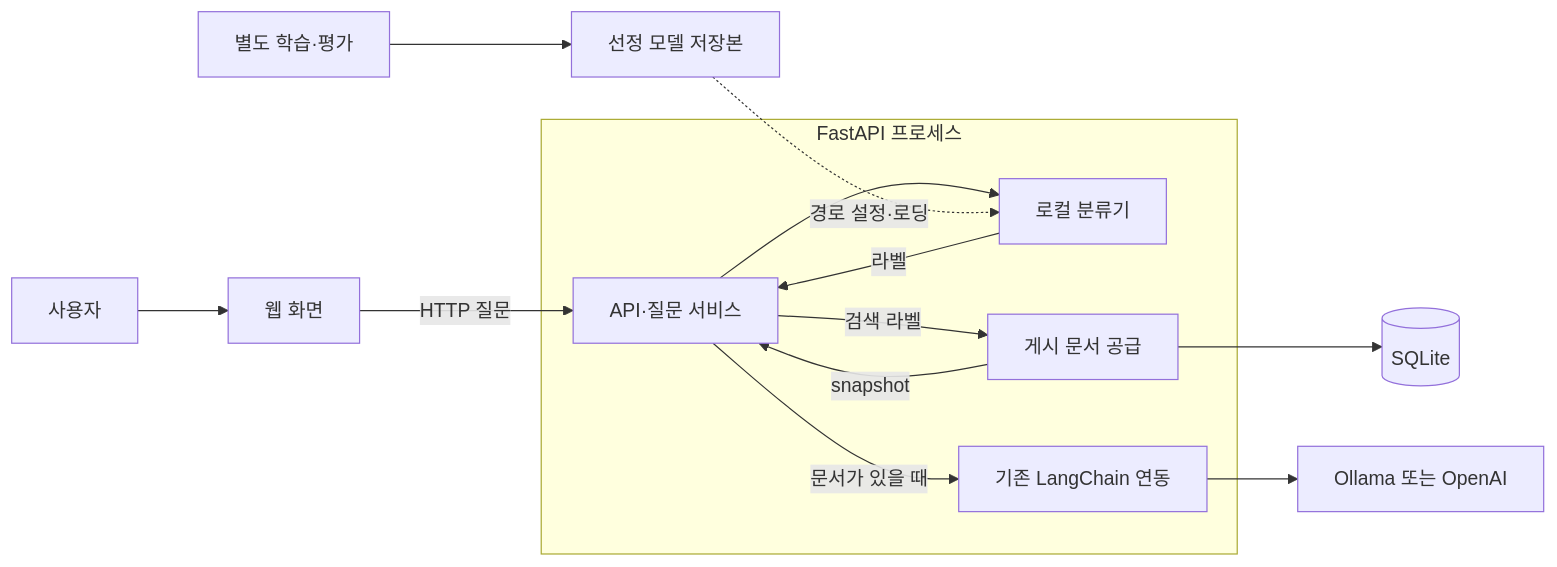
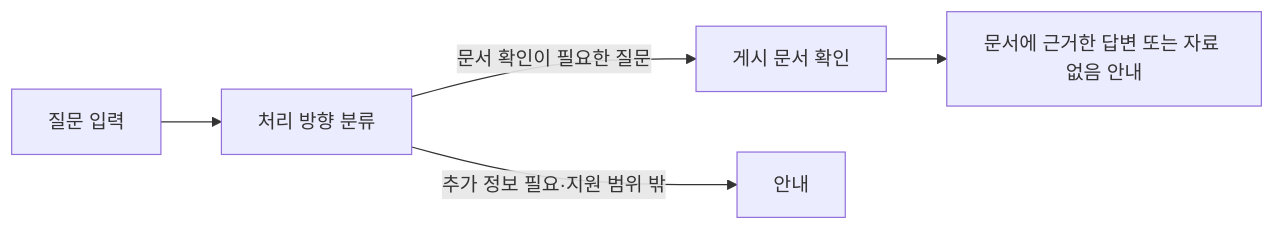
Before and after one commit to KANT-2nd-project/sanaebi: the diagram in README.md, drawn with Mermaid. The commit also changed other lines of this file and 1 other file, not shown here.

Commit message:
docs: present Sanaebi through product flow and current models

````diff
--- a/README.md
+++ b/README.md
@@ -7,16 +21,7 @@
 ```mermaid
 flowchart LR
-    U["사용자"] --> W["웹 화면"]
-    W -->|"HTTP 질문"| API
-    subgraph S["FastAPI 프로세스"]
-        API["API·질문 서비스"] --> C["로컬 분류기"]
-        C -->|"라벨"| API
-        API -->|"검색 라벨"| D["게시 문서 공급"]
-        D -->|"snapshot"| API
-        API -->|"문서가 있을 때"| A["기존 LangChain 연동"]
-    end
-    D --> DB[("SQLite")]
-    A --> L["Ollama 또는 OpenAI"]
-    T["별도 학습·평가"] --> M["선정 모델 저장본"]
-    M -.->|"경로 설정·로딩"| C
+    Q["질문 입력"] --> C["처리 방향 분류"]
+    C -->|"문서 확인이 필요한 질문"| D["게시 문서 확인"]
+    C -->|"추가 정보 필요·지원 범위 밖"| G["안내"]
+    D --> A["문서에 근거한 답변 또는 자료 없음 안내"]
 ```
````
